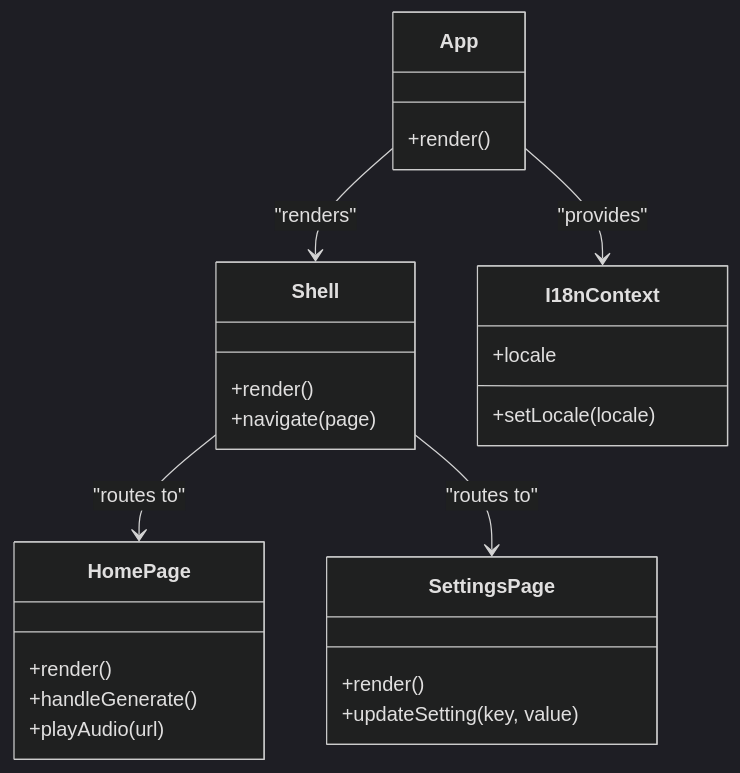
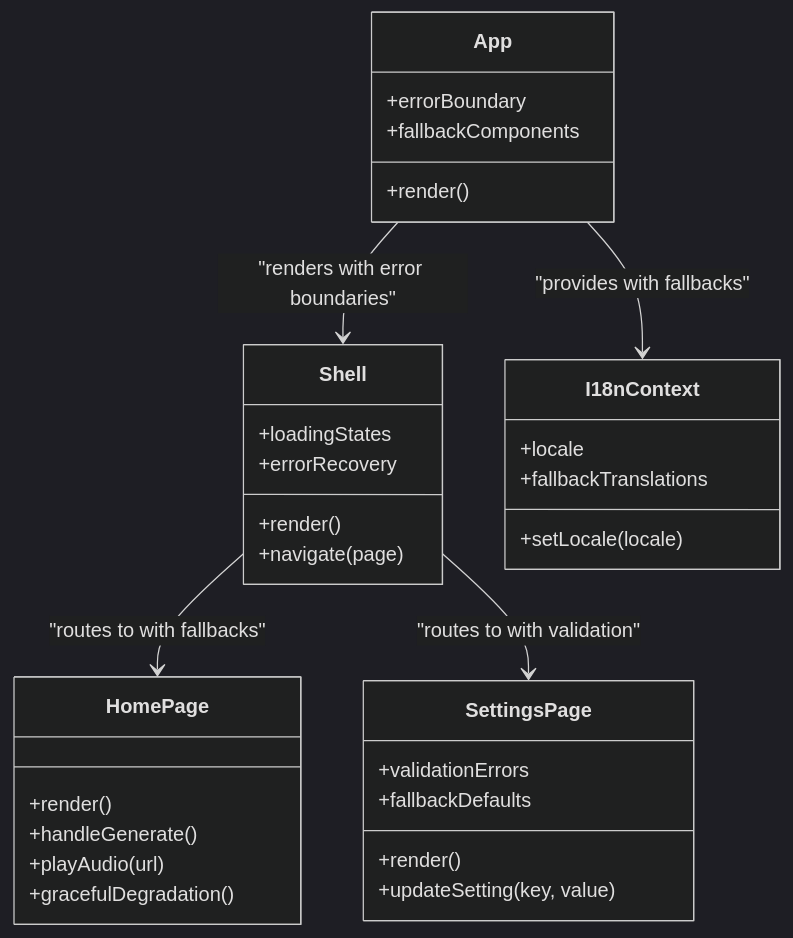
The fourth of 9 diagrams in .qoder/repowiki/en/content/Architecture Overview/Architecture Overview.md (zmyeo54/briefroom), drawn with Mermaid (dark theme) before and after one commit. The commit also changed other lines of this file and 7 other files, not shown here.

````diff
--- a/.qoder/repowiki/en/content/Architecture Overview/Architecture Overview.md
+++ b/.qoder/repowiki/en/content/Architecture Overview/Architecture Overview.md
@@ -169,27 +248,35 @@
 ```mermaid
 classDiagram
 class App {
 +render()
++errorBoundary
++fallbackComponents
 }
 class Shell {
 +render()
 +navigate(page)
++loadingStates
++errorRecovery
 }
 class HomePage {
 +render()
 +handleGenerate()
 +playAudio(url)
++gracefulDegradation()
 }
 class SettingsPage {
 +render()
 +updateSetting(key, value)
++validationErrors
++fallbackDefaults
 }
 class I18nContext {
 +locale
 +setLocale(locale)
++fallbackTranslations
 }
-App --> Shell : "renders"
-Shell --> HomePage : "routes to"
-Shell --> SettingsPage : "routes to"
-App --> I18nContext : "provides"
+App --> Shell : "renders with error boundaries"
+Shell --> HomePage : "routes to with fallbacks"
+Shell --> SettingsPage : "routes to with validation"
+App --> I18nContext : "provides with fallbacks"
 ```
````
